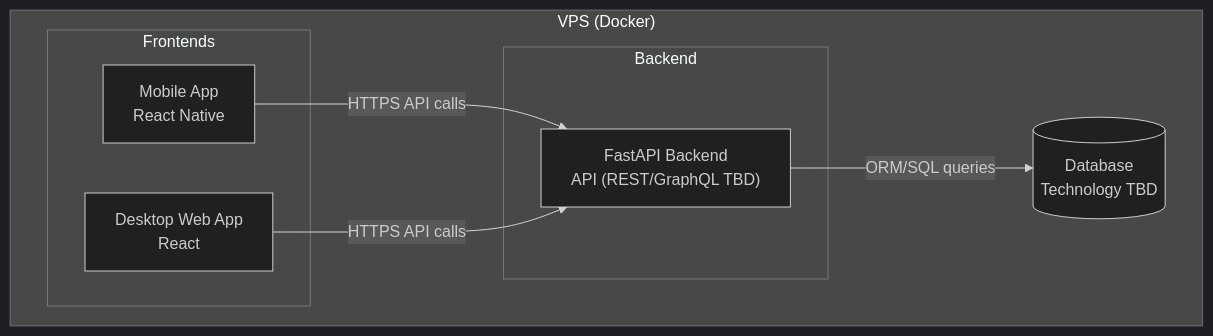
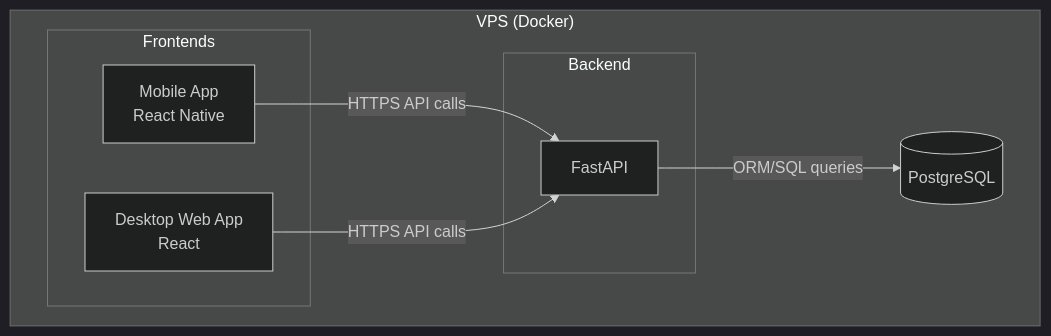
Before and after one commit to MatiBukowski/Zastosowania-Informatyki-w-gospodarce-: the diagram in ARCHITECTURE.md, drawn with Mermaid (dark theme).

Commit message:
Clarify backend technology in architecture document
Updated architecture documentation to specify FastAPI and PostgreSQL.

````diff
--- a/ARCHITECTURE.md
+++ b/ARCHITECTURE.md
@@ -3,19 +3,19 @@
 ```mermaid
 flowchart TB
   subgraph VPS["VPS (Docker)"]
     subgraph FE["Frontends"]
       M["Mobile App<br/>React Native"]
       W["Desktop Web App<br/>React"]
     end
 
     subgraph BE["Backend"]
-      API["FastAPI Backend<br/>API (REST/GraphQL TBD)"]
+      API["FastAPI"]
     end
 
-    DB[(Database<br/>Technology TBD)]
+    DB[(PostgreSQL)]
   end
 
   M -->|"HTTPS API calls"| API
   W -->|"HTTPS API calls"| API
   API -->|"ORM/SQL queries"| DB
 ```
````
